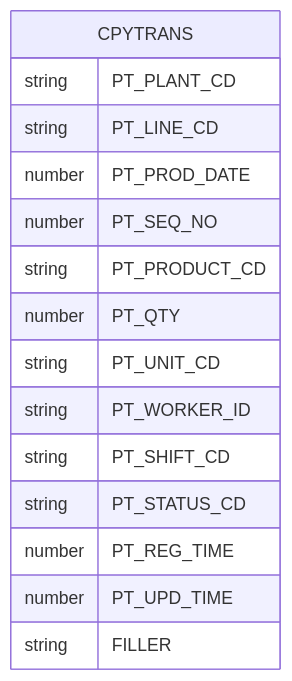
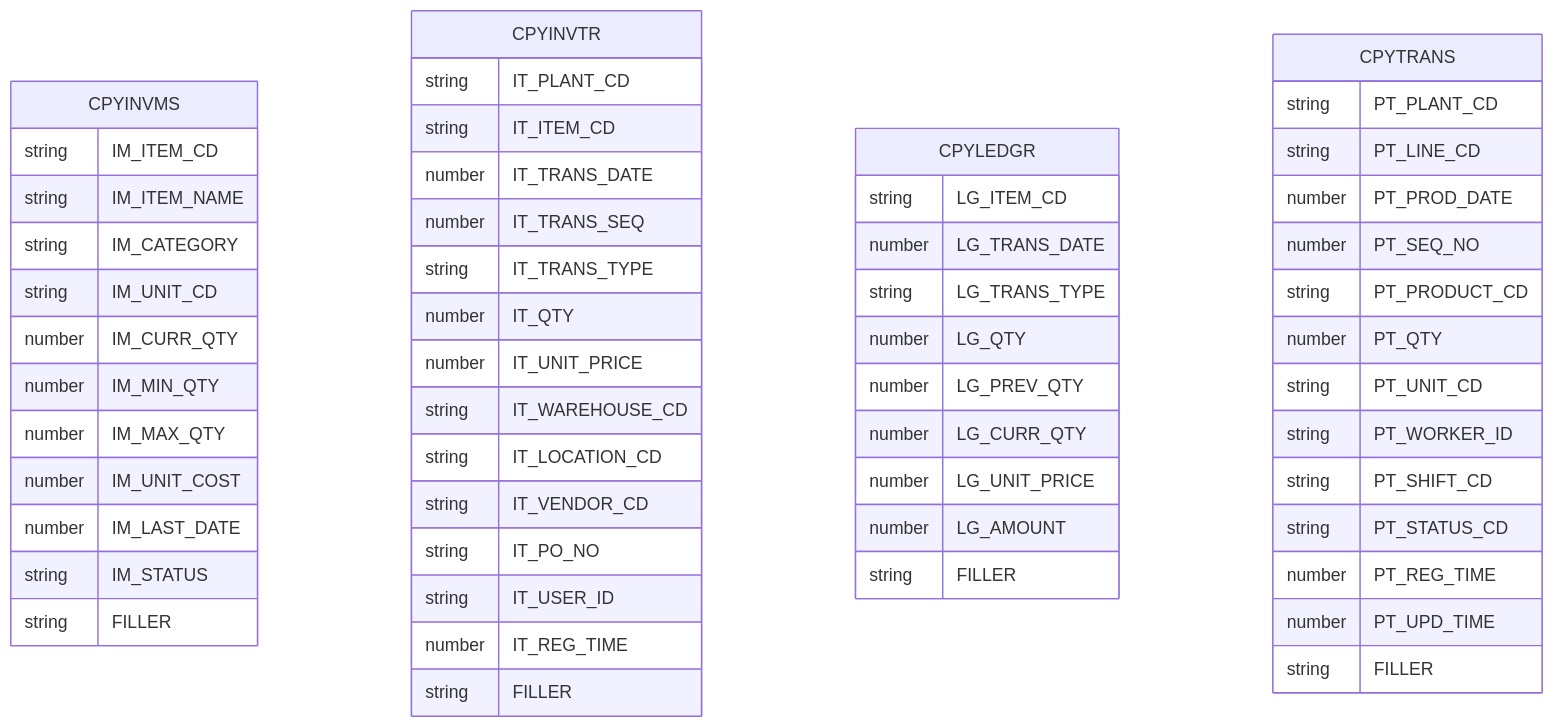
The diagram in output/diagrams/erd_copybooks.md (donseok/catm-project), drawn with Mermaid before and after one commit. The commit also changed 24 other files, not shown here.

````diff
--- a/output/diagrams/erd_copybooks.md
+++ b/output/diagrams/erd_copybooks.md
@@ -3,20 +3,63 @@
 ```mermaid
 erDiagram
+
+    CPYINVMS {
+        string IM_ITEM_CD
+        string IM_ITEM_NAME
+        string IM_CATEGORY
+        string IM_UNIT_CD
+        number IM_CURR_QTY
+        number IM_MIN_QTY
+        number IM_MAX_QTY
+        number IM_UNIT_COST
+        number IM_LAST_DATE
+        string IM_STATUS
+        string FILLER
+    }
+
+    CPYINVTR {
+        string IT_PLANT_CD
+        string IT_ITEM_CD
+        number IT_TRANS_DATE
+        number IT_TRANS_SEQ
+        string IT_TRANS_TYPE
+        number IT_QTY
+        number IT_UNIT_PRICE
+        string IT_WAREHOUSE_CD
+        string IT_LOCATION_CD
+        string IT_VENDOR_CD
+        string IT_PO_NO
+        string IT_USER_ID
+        number IT_REG_TIME
+        string FILLER
+    }
+
+    CPYLEDGR {
+        string LG_ITEM_CD
+        number LG_TRANS_DATE
+        string LG_TRANS_TYPE
+        number LG_QTY
+        number LG_PREV_QTY
+        number LG_CURR_QTY
+        number LG_UNIT_PRICE
+        number LG_AMOUNT
+        string FILLER
+    }
 
     CPYTRANS {
         string PT_PLANT_CD
         string PT_LINE_CD
         number PT_PROD_DATE
         number PT_SEQ_NO
         string PT_PRODUCT_CD
         number PT_QTY
         string PT_UNIT_CD
         string PT_WORKER_ID
         string PT_SHIFT_CD
         string PT_STATUS_CD
         number PT_REG_TIME
         number PT_UPD_TIME
         string FILLER
     }
 
 ```
````
